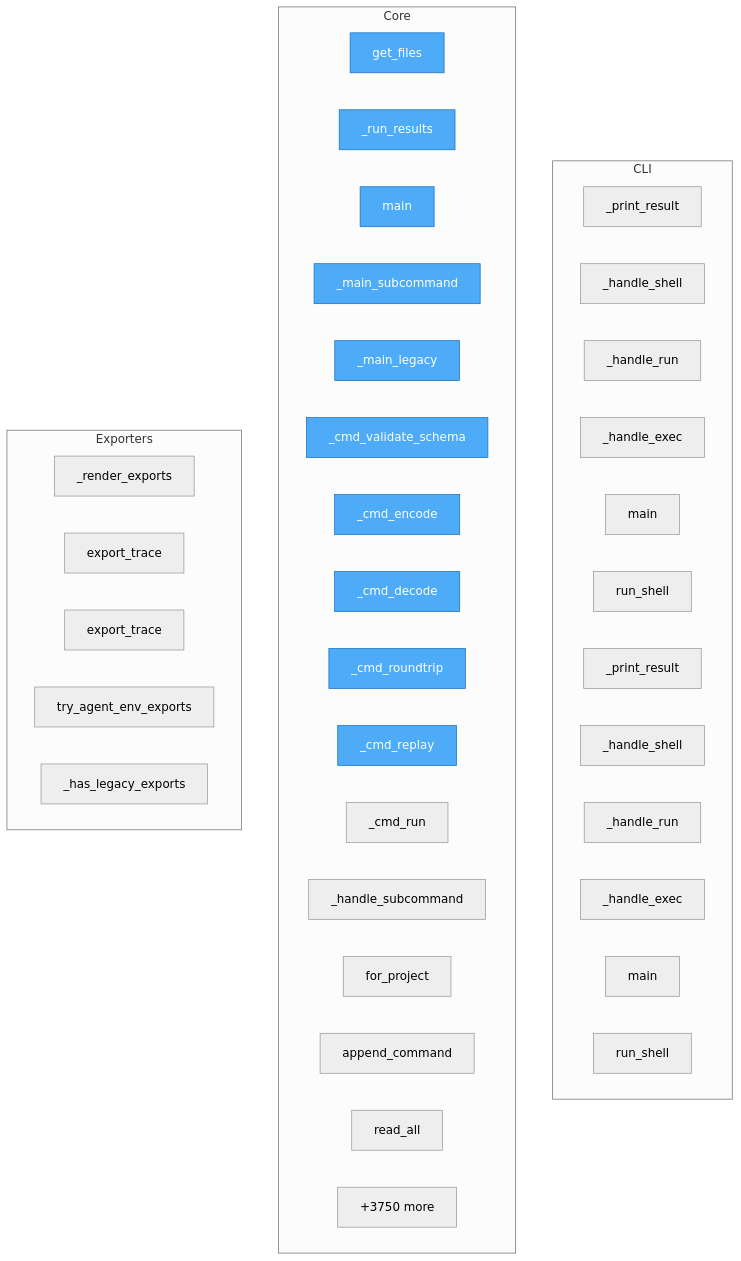
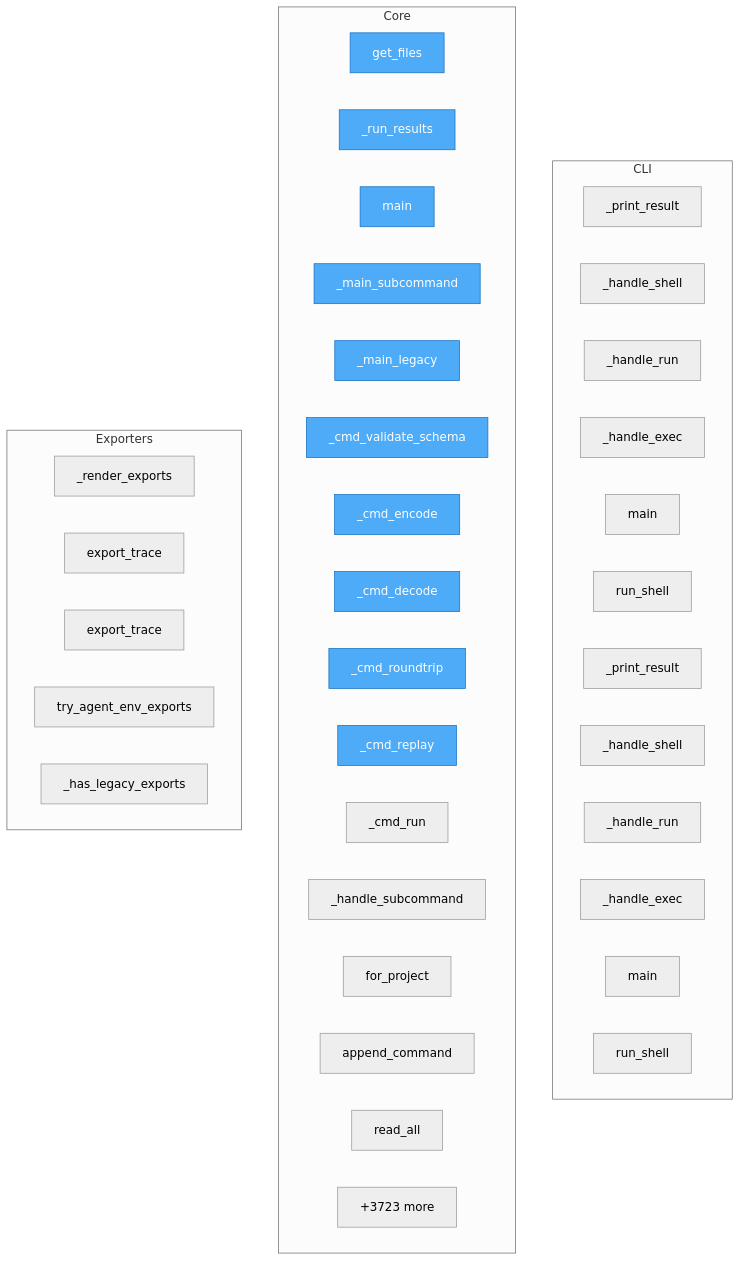
Before and after one commit to semcod/koru: the diagram in project/flow.mmd, drawn with Mermaid (neutral theme). The commit also changed 25 other files, not shown here.

```diff
--- a/project/flow.mmd
+++ b/project/flow.mmd
@@ -1,49 +1,49 @@
 flowchart TD
-%% generated in 1.67s
+%% generated in 1.37s
 
     %% Entry points (blue)
     classDef entry fill:#4dabf7,stroke:#1971c2,color:#fff
 
     subgraph CLI
         packages__cli2koru__src__cli2koru__cli___print_result["_print_result"]
         packages__cli2koru__src__cli2koru__cli___handle_shell["_handle_shell"]
         packages__cli2koru__src__cli2koru__cli___handle_run["_handle_run"]
         packages__cli2koru__src__cli2koru__cli___handle_exec["_handle_exec"]
         packages__cli2koru__src__cli2koru__cli__main["main"]
         packages__cli2koru__src__cli2koru__shell__run_shell["run_shell"]
         packages__cli2coru__src__cli2coru__cli___print_result["_print_result"]
         packages__cli2coru__src__cli2coru__cli___handle_shell["_handle_shell"]
         packages__cli2coru__src__cli2coru__cli___handle_run["_handle_run"]
         packages__cli2coru__src__cli2coru__cli___handle_exec["_handle_exec"]
         packages__cli2coru__src__cli2coru__cli__main["main"]
         packages__cli2coru__src__cli2coru__shell__run_shell["run_shell"]
     end
 
     subgraph Core
         check_dups__get_files["get_files"]
         packages__dsl2koru__src__dsl2koru__cli___run_results["_run_results"]
         packages__dsl2koru__src__dsl2koru__cli__main["main"]
         packages__dsl2koru__src__dsl2koru__cli___main_subcommand["_main_subcommand"]
         packages__dsl2koru__src__dsl2koru__cli___main_legacy["_main_legacy"]
         packages__dsl2koru__src__dsl2koru__cli___cmd_validate_schema["_cmd_validate_schema"]
         packages__dsl2koru__src__dsl2koru__cli___cmd_encode["_cmd_encode"]
         packages__dsl2koru__src__dsl2koru__cli___cmd_decode["_cmd_decode"]
         packages__dsl2koru__src__dsl2koru__cli___cmd_roundtrip["_cmd_roundtrip"]
         packages__dsl2koru__src__dsl2koru__cli___cmd_replay["_cmd_replay"]
         packages__dsl2koru__src__dsl2koru__cli___cmd_run["_cmd_run"]
         packages__dsl2koru__src__dsl2koru__cli___handle_subcommand["_handle_subcommand"]
         packages__dsl2koru__src__dsl2koru__events__EventStore__for_project["for_project"]
         packages__dsl2koru__src__dsl2koru__events__EventStore__append_command["append_command"]
         packages__dsl2koru__src__dsl2koru__events__EventStore__read_all["read_all"]
-        ...["+3750 more"]
+        ...["+3723 more"]
     end
 
     subgraph Exporters
         packages__koruenv__src__koruenv__cli___render_exports["_render_exports"]
         packages__nlpshim__src__nlpshim__conversation_client__ConversationTestClient__export_trace["export_trace"]
         packages__nlpshim__src__nlpshim__conversation_test_api__export_trace["export_trace"]
         src__koru__agent_cli_helpers__try_agent_env_exports["try_agent_env_exports"]
         src__koru__cli___has_legacy_exports["_has_legacy_exports"]
     end
 
     class check_dups__get_files,packages__dsl2koru__src__dsl2koru__cli___run_results,packages__dsl2koru__src__dsl2koru__cli__main,packages__dsl2koru__src__dsl2koru__cli___main_subcommand,packages__dsl2koru__src__dsl2koru__cli___main_legacy,packages__dsl2koru__src__dsl2koru__cli___cmd_validate_schema,packages__dsl2koru__src__dsl2koru__cli___cmd_encode,packages__dsl2koru__src__dsl2koru__cli___cmd_decode,packages__dsl2koru__src__dsl2koru__cli___cmd_roundtrip,packages__dsl2koru__src__dsl2koru__cli___cmd_replay entry
```
